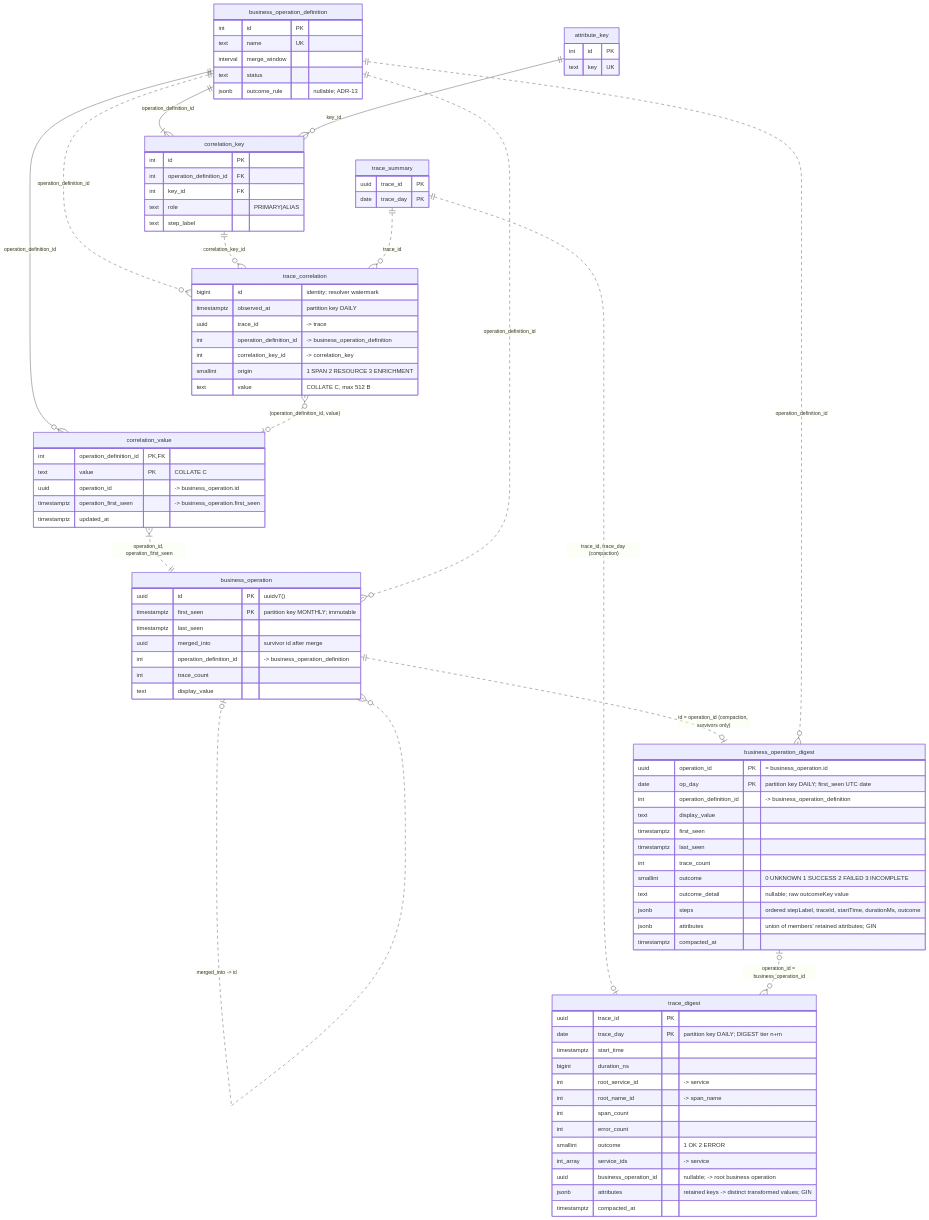
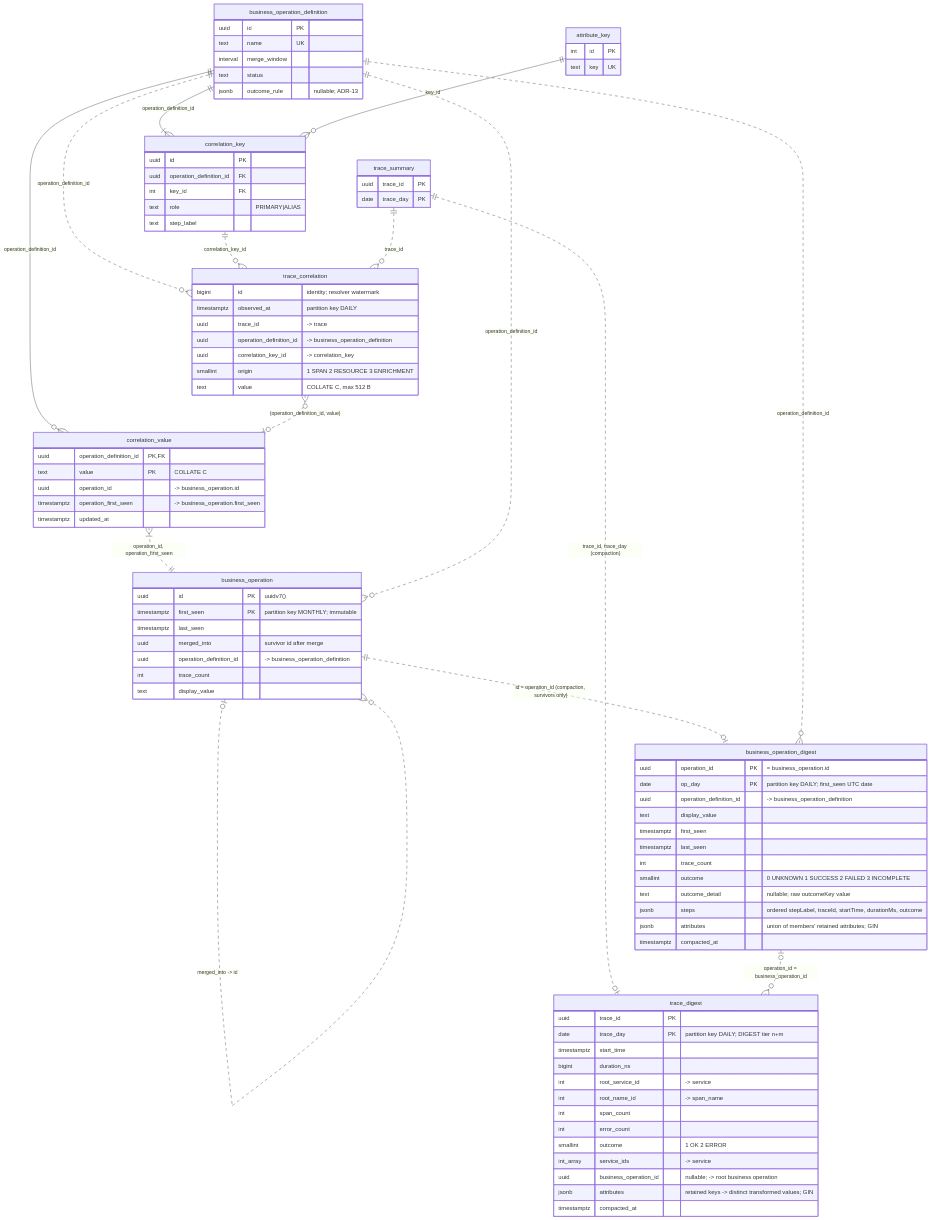
One commit to aasmc/tracing-system changed the fifth of 7 diagrams in agent/08-er-diagrams.md. Above: the diagram before and after it, drawn with Mermaid. The commit also changed other lines of this file and 50 other files, not shown here.

First line of the commit message:
Phase 2 slices 2d-1 and 2d-2a: schema, grants, UUID config ids, dictionaries

```diff
--- a/agent/08-er-diagrams.md
+++ b/agent/08-er-diagrams.md
@@ -460,15 +460,15 @@
     business_operation_digest |o..o{ trace_digest : "operation_id = business_operation_id"
 
     business_operation_definition {
-        int id PK
+        uuid id PK
         text name UK
         interval merge_window
         text status
         jsonb outcome_rule "nullable; ADR-13"
     }
     correlation_key {
-        int id PK
-        int operation_definition_id FK
+        uuid id PK
+        uuid operation_definition_id FK
         int key_id FK
         text role "PRIMARY|ALIAS"
         text step_label
@@ -481,13 +481,13 @@
         bigint id "identity; resolver watermark"
         timestamptz observed_at "partition key DAILY"
         uuid trace_id "-> trace"
-        int operation_definition_id "-> business_operation_definition"
-        int correlation_key_id "-> correlation_key"
+        uuid operation_definition_id "-> business_operation_definition"
+        uuid correlation_key_id "-> correlation_key"
         smallint origin "1 SPAN 2 RESOURCE 3 ENRICHMENT"
         text value "COLLATE C, max 512 B"
     }
     correlation_value {
-        int operation_definition_id PK, FK
+        uuid operation_definition_id PK, FK
         text value PK "COLLATE C"
         uuid operation_id "-> business_operation.id"
         timestamptz operation_first_seen "-> business_operation.first_seen"
@@ -498,7 +498,7 @@
         timestamptz first_seen PK "partition key MONTHLY; immutable"
         timestamptz last_seen
         uuid merged_into "survivor id after merge"
-        int operation_definition_id "-> business_operation_definition"
+        uuid operation_definition_id "-> business_operation_definition"
         int trace_count
         text display_value
     }
@@ -524,7 +524,7 @@
     business_operation_digest {
         uuid operation_id PK "= business_operation.id"
         date op_day PK "partition key DAILY; first_seen UTC date"
-        int operation_definition_id "-> business_operation_definition"
+        uuid operation_definition_id "-> business_operation_definition"
         text display_value
         timestamptz first_seen
         timestamptz last_seen
```
